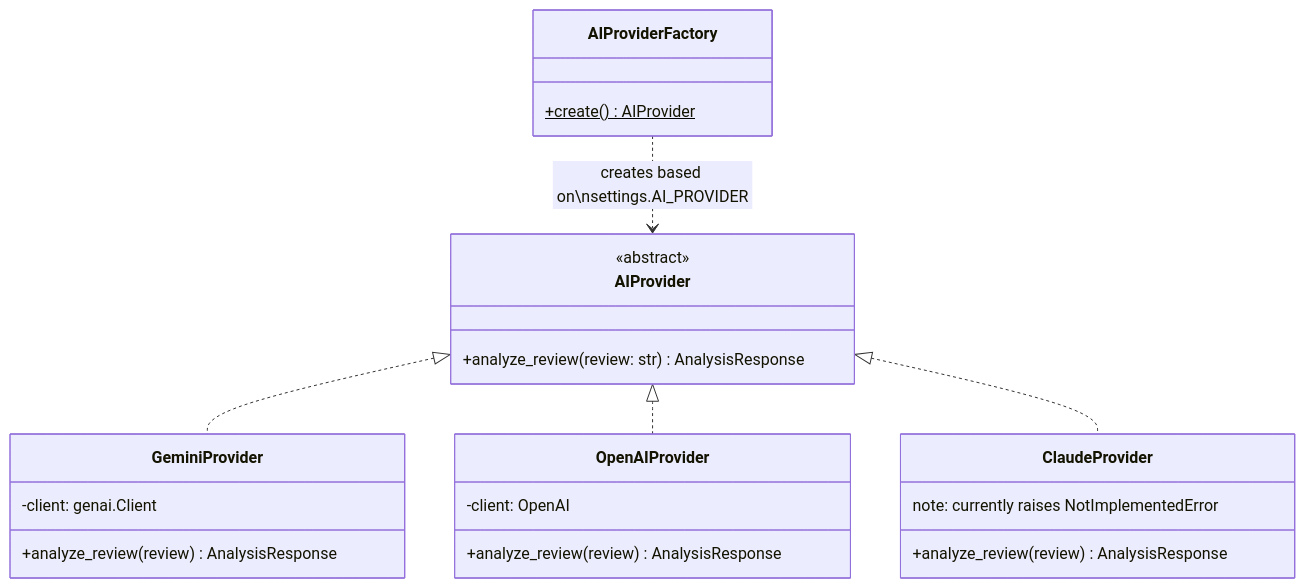
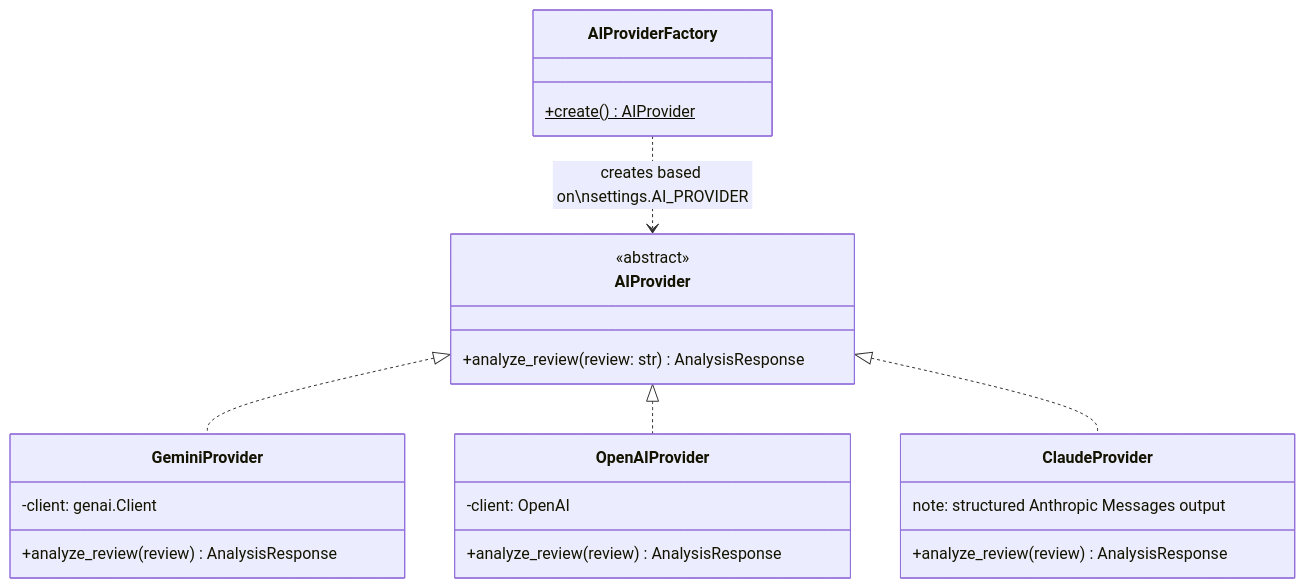
Before and after one commit to saurabhzaiswal/GenAI-Customer-Review-Analyzer: the ninth of 10 diagrams in docs/ARCHITECHTURE.md, drawn with Mermaid. The commit also changed 49 other files, not shown here.

First line of the commit message:
feat: improve multilingual reporting and application architecture

````diff
--- a/docs/ARCHITECHTURE.md
+++ b/docs/ARCHITECHTURE.md
@@ -195,27 +195,27 @@
 ```mermaid
 classDiagram
     class AIProvider {
         <<abstract>>
         +analyze_review(review: str) AnalysisResponse
     }
     class GeminiProvider {
         -client: genai.Client
         +analyze_review(review) AnalysisResponse
     }
     class OpenAIProvider {
         -client: OpenAI
         +analyze_review(review) AnalysisResponse
     }
     class ClaudeProvider {
         +analyze_review(review) AnalysisResponse
-        note: currently raises NotImplementedError
+        note: structured Anthropic Messages output
     }
     class AIProviderFactory {
         +create()$ AIProvider
     }
 
     AIProvider <|.. GeminiProvider
     AIProvider <|.. OpenAIProvider
     AIProvider <|.. ClaudeProvider
     AIProviderFactory ..> AIProvider : creates based on\nsettings.AI_PROVIDER
 ```
````
